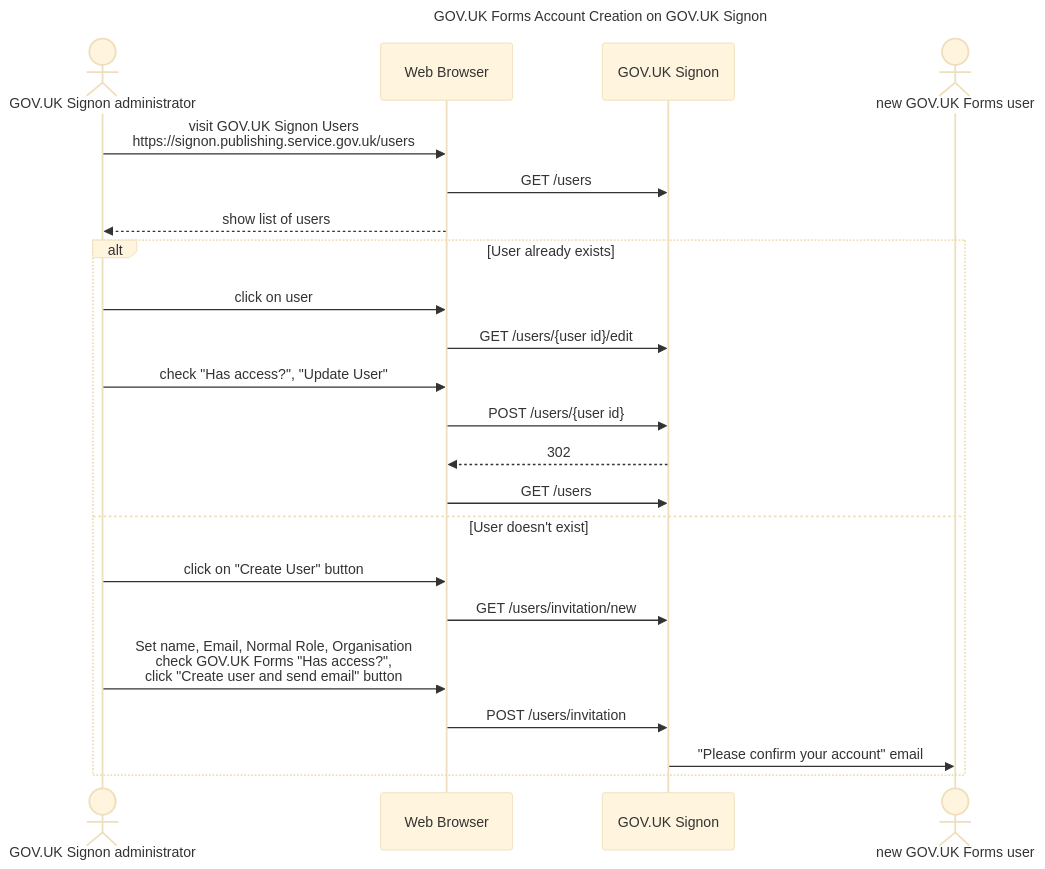
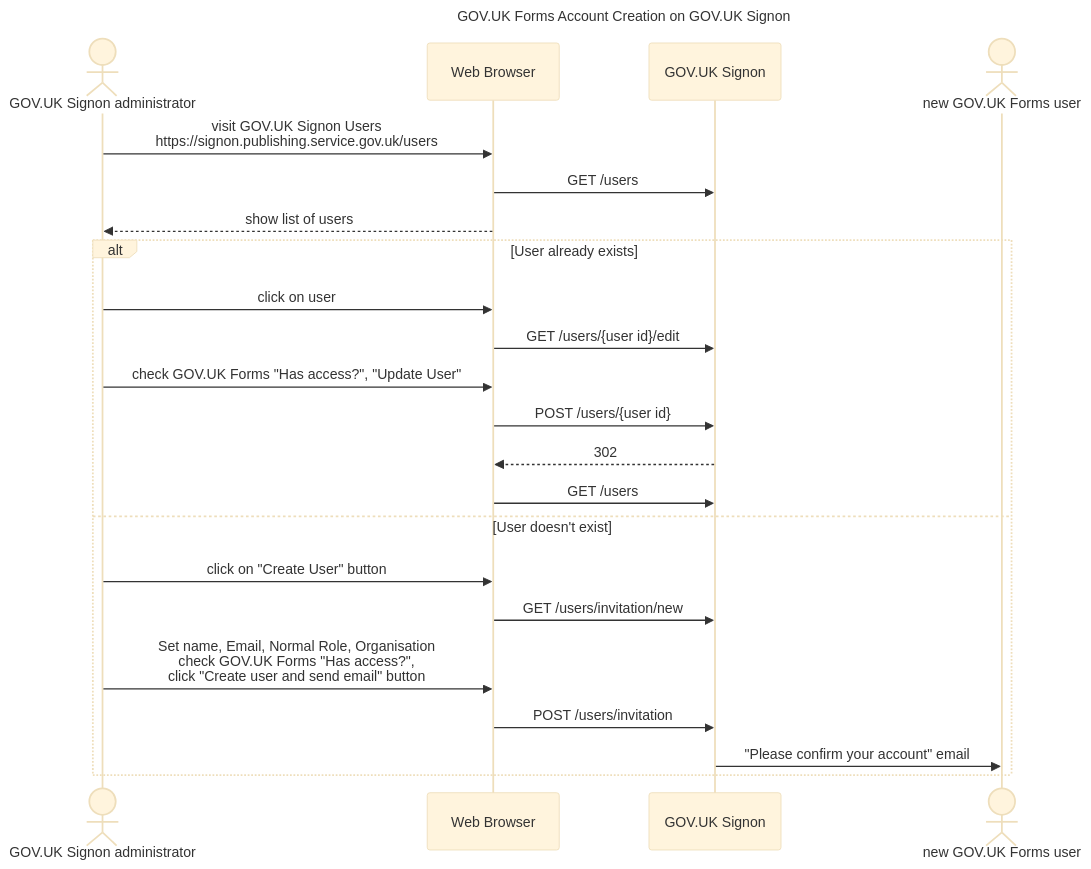
One commit to alphagov/forms changed the first of 2 diagrams in diagrams/sequence-diagrams/authentication.md. Above: the diagram before and after it, drawn with Mermaid (base theme).

Commit message:
Be clearer and consistent about GOV.UK Forms access

````diff
--- a/diagrams/sequence-diagrams/authentication.md
+++ b/diagrams/sequence-diagrams/authentication.md
@@ -3,29 +3,29 @@
 ```mermaid
 sequenceDiagram
   title GOV.UK Forms Account Creation on GOV.UK Signon
   actor user as GOV.UK Signon administrator
   participant browser as Web Browser
   participant signon as GOV.UK Signon
   link signon: signon Developer docs @ https://docs.publishing.service.gov.uk/repos/signon.html
   actor new_user as new GOV.UK Forms user
 
   user->>browser: visit GOV.UK Signon Users<br />https://signon.publishing.service.gov.uk/users
   browser->>signon: GET /users
   browser-->>user: show list of users
 
   alt User already exists
     user->>browser: click on user
     browser->>signon: GET /users/{user id}/edit
-    user->>browser: check "Has access?", "Update User"
+    user->>browser: check  GOV.UK Forms "Has access?", "Update User"
     browser->>signon: POST /users/{user id}
     signon-->>browser: 302
     browser->>signon: GET /users
   else User doesn't exist
     user->>browser: click on "Create User" button
     browser->>signon: GET /users/invitation/new
     user->>browser: Set name, Email, Normal Role, Organisation<br />check GOV.UK Forms "Has access?",<br />click "Create user and send email" button
     browser->>signon: POST /users/invitation
     signon->>new_user: "Please confirm your account" email
   end
 
 ```
````
